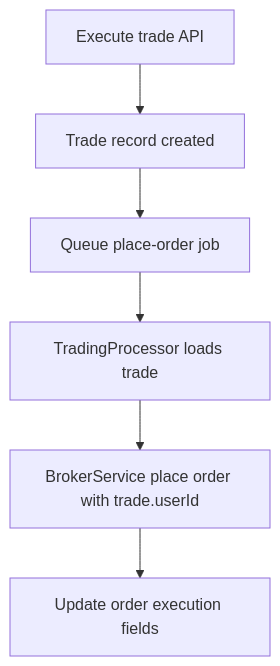
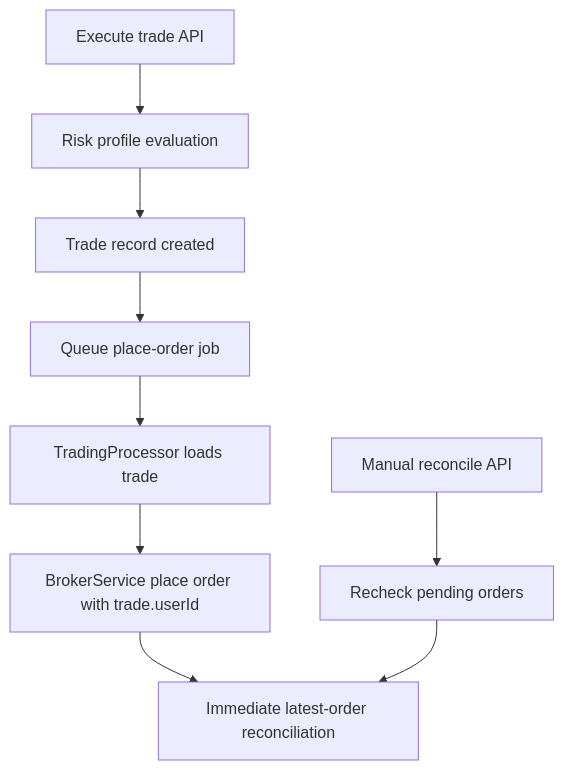
One commit to AmanVatsSharma/algo-with-nandax changed the diagram in apps/api/src/modules/trading/README.md. Above: the diagram before and after it, drawn with Mermaid. The commit also changed other lines of this file and 6 other files, not shown here.

Commit message:
add manual trade reconciliation endpoint for pending broker orders

````diff
--- a/apps/api/src/modules/trading/README.md
+++ b/apps/api/src/modules/trading/README.md
@@ -19,8 +26,11 @@
 ```mermaid
 flowchart TD
-  A[Execute trade API] --> B[Trade record created]
-  B --> C[Queue place-order job]
-  C --> D[TradingProcessor loads trade]
-  D --> E[BrokerService place order with trade.userId]
-  E --> F[Update order execution fields]
+  A[Execute trade API] --> B[Risk profile evaluation]
+  B --> C[Trade record created]
+  C --> D[Queue place-order job]
+  D --> E[TradingProcessor loads trade]
+  E --> F[BrokerService place order with trade.userId]
+  F --> G[Immediate latest-order reconciliation]
+  H[Manual reconcile API] --> I[Recheck pending orders]
+  I --> G
 ```
````
